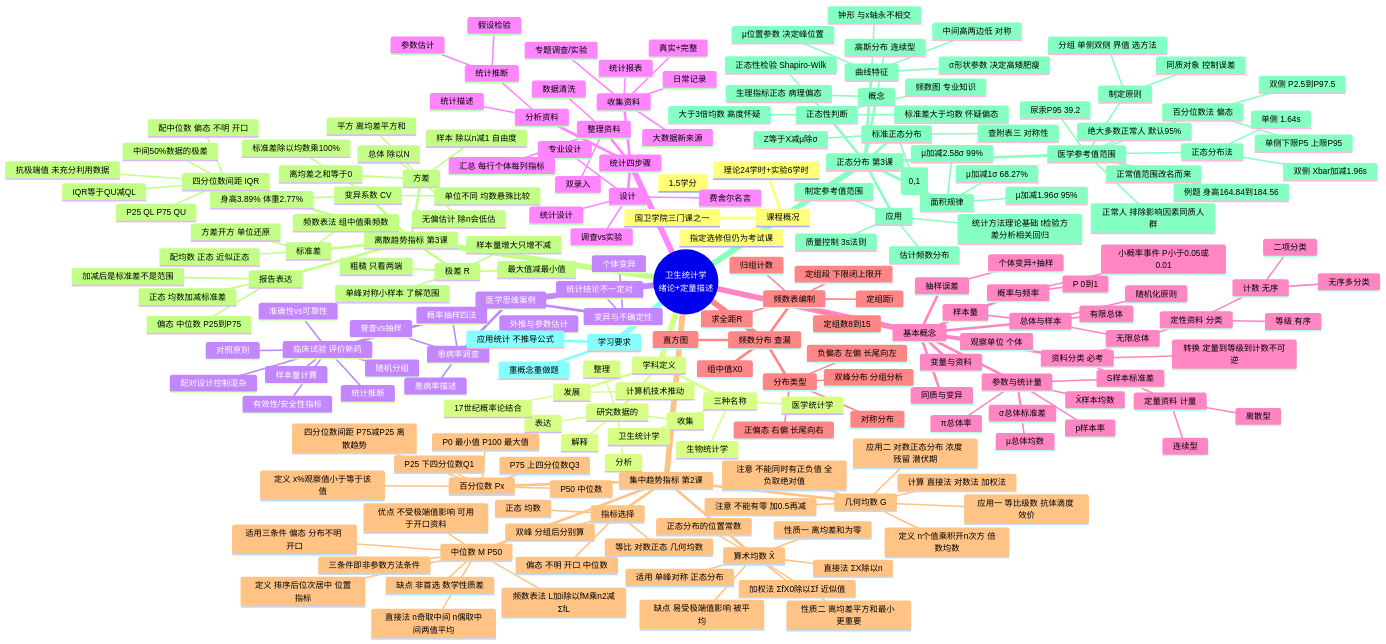
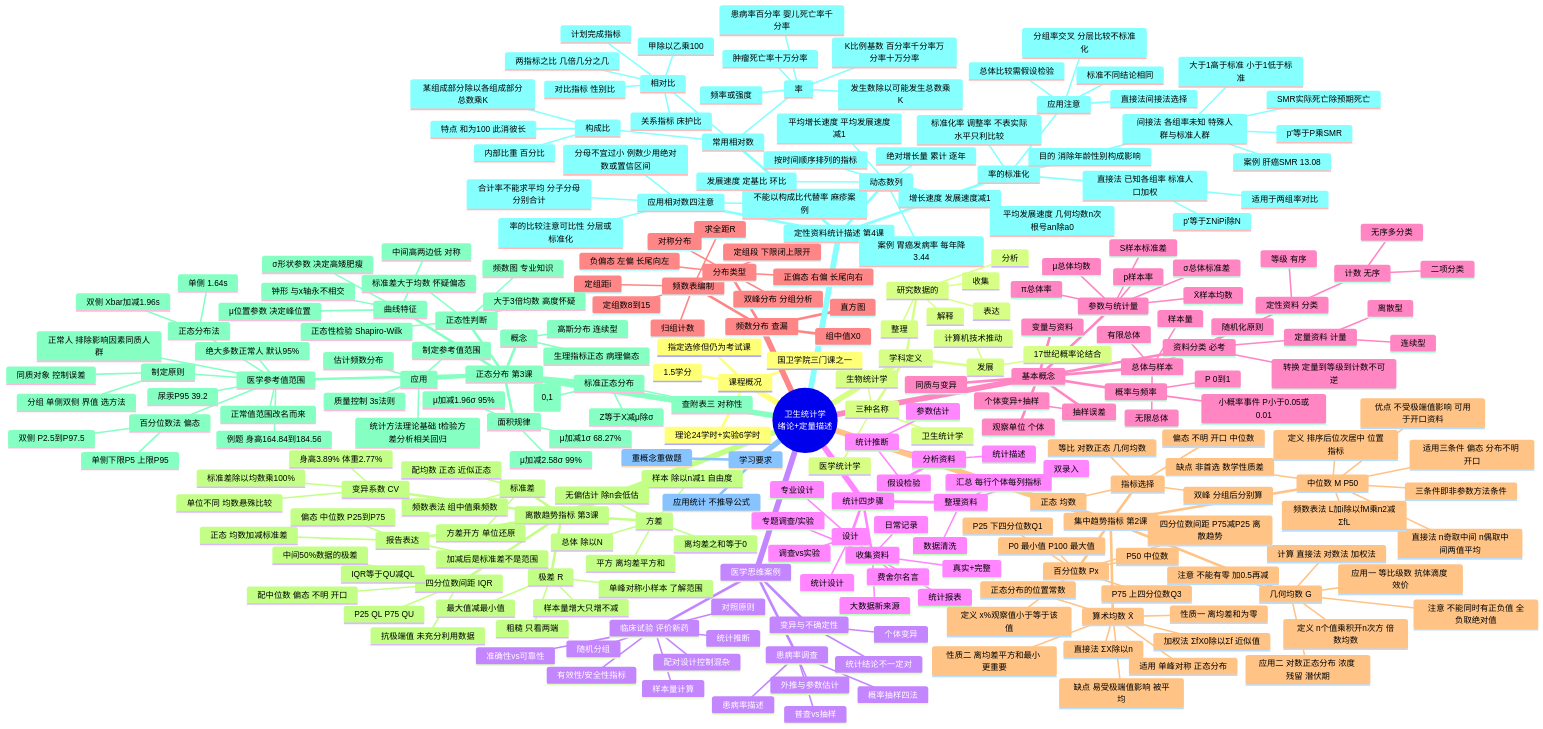
Before and after one commit to braisvg/public-notes: the diagram in 04_卫生统计学/知识框架与思维导图.md, drawn with Mermaid. The commit also changed other lines of this file and 41 other files, not shown here.

```diff
--- a/04_卫生统计学/知识框架与思维导图.md
+++ b/04_卫生统计学/知识框架与思维导图.md
@@ -215,6 +215,53 @@
         制定参考值范围
         质量控制 3s法则
         统计方法理论基础 t检验方差分析相关回归
+    定性资料统计描述 第4课
+      常用相对数
+        率
+          频率或强度
+          发生数除以可能发生总数乘K
+          K比例基数 百分率千分率万分率十万分率
+          患病率百分率 婴儿死亡率千分率
+          肿瘤死亡率十万分率
+        构成比
+          内部比重 百分比
+          某组成部分除以各组成部分总数乘K
+          特点 和为100 此消彼长
+        相对比
+          两指标之比 几倍几分之几
+          甲除以乙乘100
+          对比指标 性别比
+          关系指标 床护比
+          计划完成指标
+      应用相对数四注意
+        分母不宜过小 例数少用绝对数或置信区间
+        不能以构成比代替率 麻疹案例
+        合计率不能求平均 分子分母分别合计
+        率的比较注意可比性 分层或标准化
+      动态数列
+        按时间顺序排列的指标
+        绝对增长量 累计 逐年
+        发展速度 定基比 环比
+        增长速度 发展速度减1
+        平均发展速度 几何均数n次根号an除a0
+        平均增长速度 平均发展速度减1
+        案例 胃癌发病率 每年降3.44
+      率的标准化
+        目的 消除年龄性别构成影响
+        标准化率 调整率 不表实际水平只利比较
+        直接法 已知各组率 标准人口加权
+          p'等于ΣNiPi除N
+          适用于两组率对比
+        间接法 各组率未知 特殊人群与标准人群
+          p'等于P乘SMR
+          SMR实际死亡除预期死亡
+          大于1高于标准 小于1低于标准
+          案例 肝癌SMR 13.08
+        应用注意
+          标准不同结论相同
+          直接法间接法选择
+          分组率交叉 分层比较不标准化
+          总体比较需假设检验
     学习要求
       应用统计 不推导公式
       重概念重做题
```
